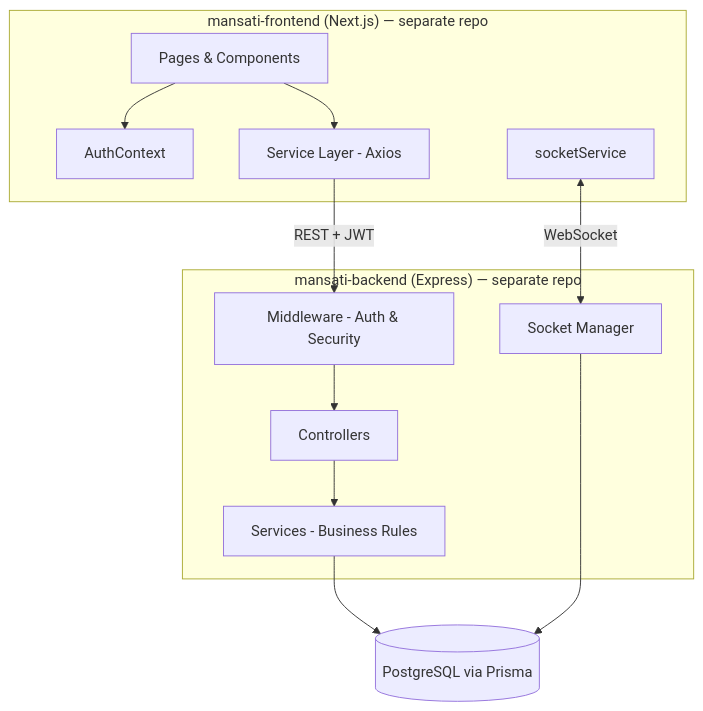
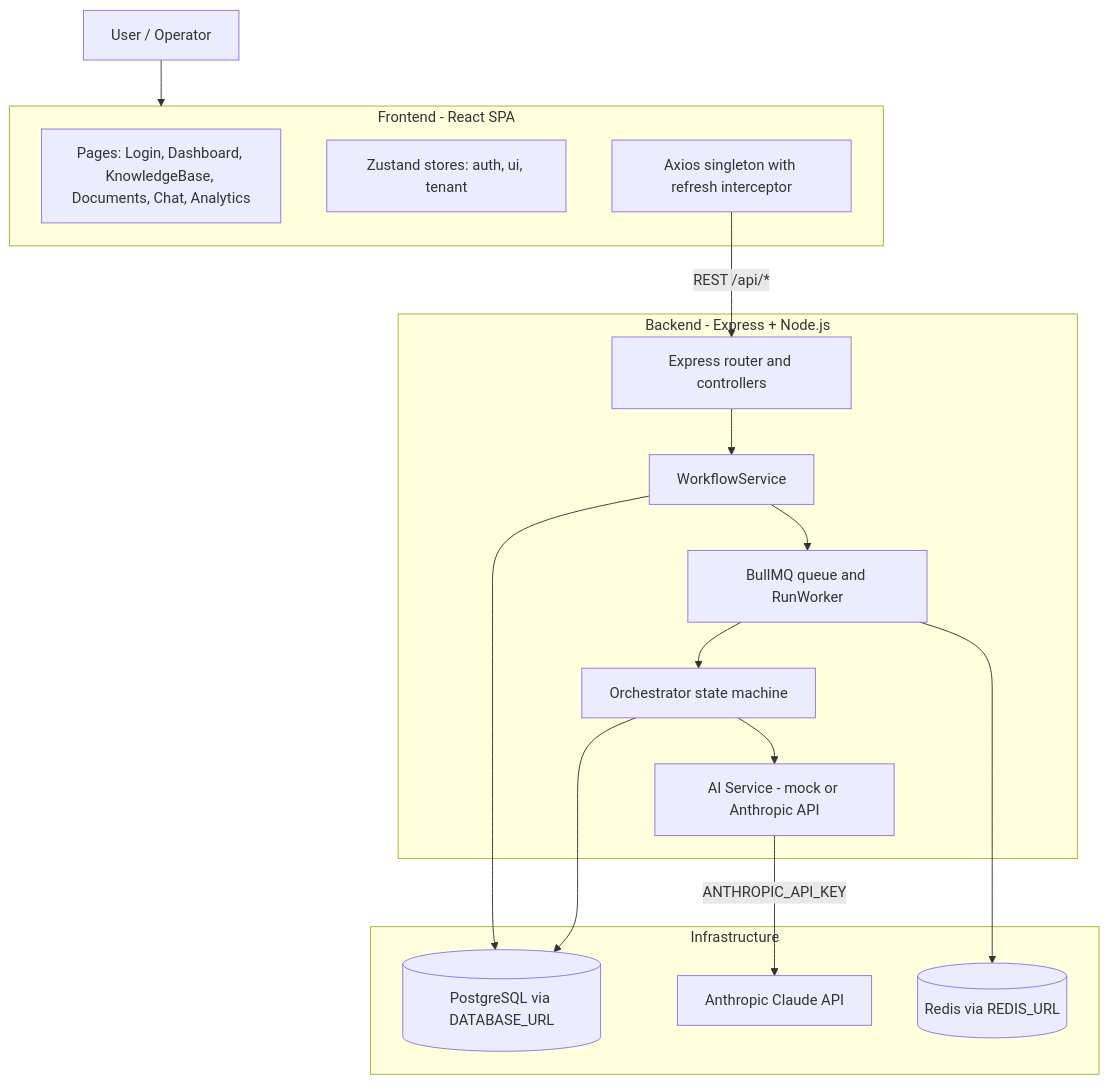
One commit to mohammed-dev-stack/ai-workflow-orchestrator changed the diagram in README.md. Above: the diagram before and after it, drawn with Mermaid. The commit also changed other lines of this file, not shown here.

````diff
--- a/README.md
+++ b/README.md
@@ -83,25 +31,34 @@
 ```mermaid
-graph TB
-    subgraph Client["mansati-frontend (Next.js) — separate repo"]
-        UI[Pages & Components]
-        CTX[AuthContext]
-        SVC_FE[Service Layer - Axios]
-        SOCK_FE[socketService]
+graph TD
+    U[User / Operator] --> FE
+
+    subgraph FE["Frontend - React SPA"]
+        F1[Pages: Login, Dashboard, KnowledgeBase, Documents, Chat, Analytics]
+        F2[Zustand stores: auth, ui, tenant]
+        F3[Axios singleton with refresh interceptor]
     end
 
-    subgraph Server["mansati-backend (Express) — separate repo"]
-        MW[Middleware - Auth & Security]
-        CTRL[Controllers]
-        SVC_BE[Services - Business Rules]
-        SOCK_BE[Socket Manager]
+    subgraph BE["Backend - Express + Node.js"]
+        B1[Express router and controllers]
+        B2[WorkflowService]
+        B3[Orchestrator state machine]
+        B4[BullMQ queue and RunWorker]
+        B5[AI Service - mock or Anthropic API]
     end
 
-    DB[(PostgreSQL via Prisma)]
+    subgraph Infra["Infrastructure"]
+        D1[(PostgreSQL via DATABASE_URL)]
+        D2[(Redis via REDIS_URL)]
+        D3[Anthropic Claude API]
+    end
 
-    UI --> SVC_FE
-    UI --> CTX
-    SVC_FE -- REST + JWT --> MW
-    SOCK_FE <-- WebSocket --> SOCK_BE
-    MW --> CTRL --> SVC_BE --> DB
-    SOCK_BE --> DB
+    F3 -->|REST /api/*| B1
+    B1 --> B2
+    B2 --> D1
+    B2 --> B4
+    B4 --> B3
+    B3 --> D1
+    B3 --> B5
+    B5 -->|ANTHROPIC_API_KEY| D3
+    B4 --> D2
 ```
````
